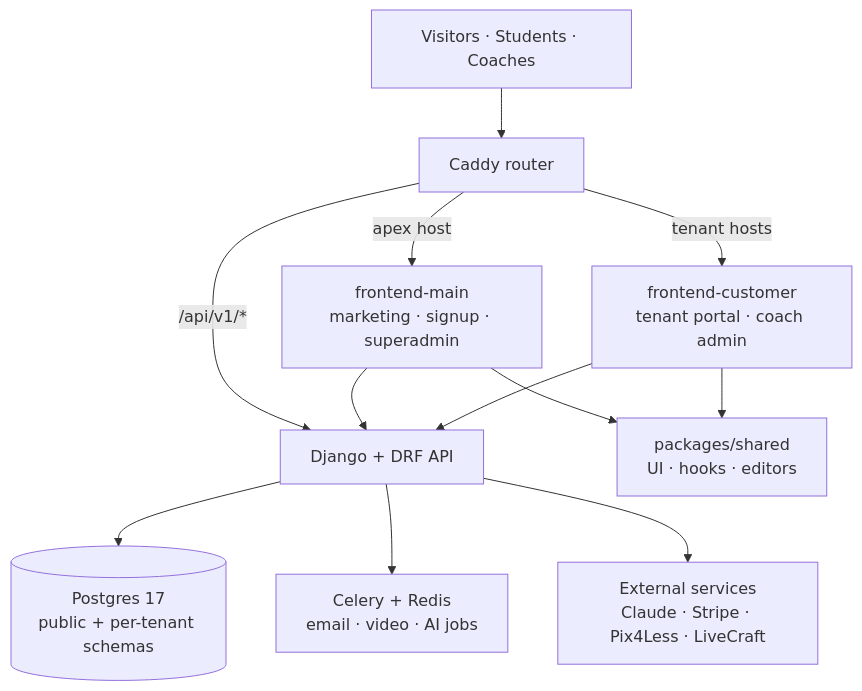
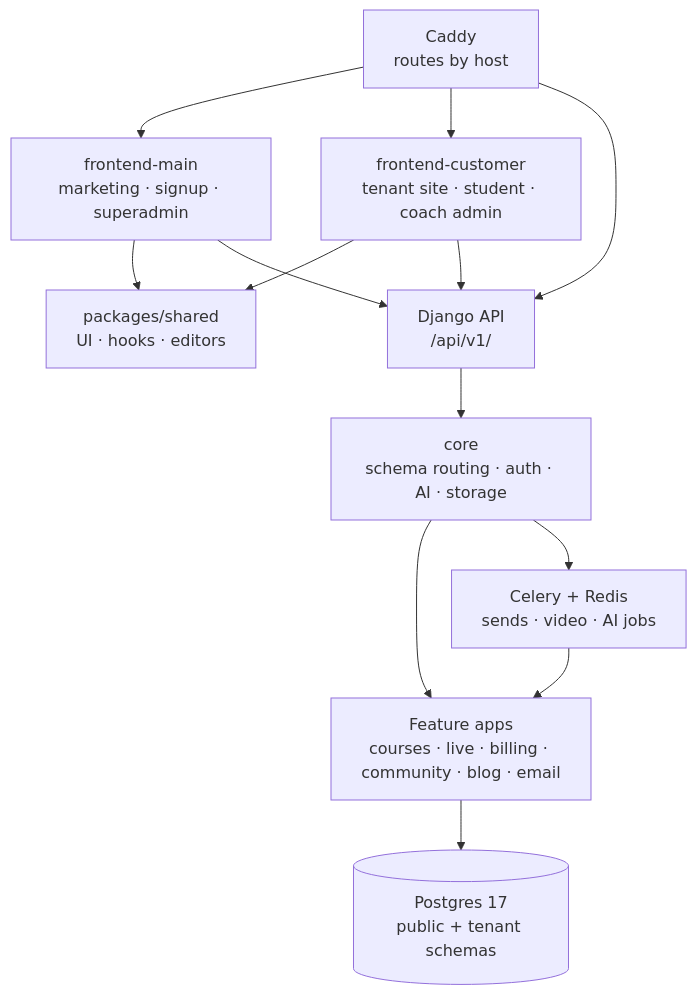
The diagram in docs/wiki/overview.md (tahayusufkomur/contentor), drawn with Mermaid before and after one commit. The commit also changed other lines of this file, not shown here.

````diff
--- a/docs/wiki/overview.md
+++ b/docs/wiki/overview.md
@@ -14,14 +15,20 @@
 ```mermaid
 graph TD
-    U[Visitors · Students · Coaches] --> CADDY[Caddy router]
-    CADDY -->|apex host| FM[frontend-main<br/>marketing · signup · superadmin]
-    CADDY -->|tenant hosts| FC[frontend-customer<br/>tenant portal · coach admin]
-    CADDY -->|/api/v1/*| DJ[Django + DRF API]
-    FM --> SH[packages/shared<br/>UI · hooks · editors]
-    FC --> SH
-    FM --> DJ
-    FC --> DJ
-    DJ --> PG[(Postgres 17<br/>public + per-tenant schemas)]
-    DJ --> CEL[Celery + Redis<br/>email · video · AI jobs]
-    DJ --> EXT[External services<br/>Claude · Stripe · Pix4Less · LiveCraft]
+    Caddy[Caddy<br/>routes by host]
+    Main[frontend-main<br/>marketing · signup · superadmin]
+    Customer[frontend-customer<br/>tenant site · student · coach admin]
+    Shared[packages/shared<br/>UI · hooks · editors]
+    Django[Django API<br/>/api/v1/]
+    Core[core<br/>schema routing · auth · AI · storage]
+    Features[Feature apps<br/>courses · live · billing · community · blog · email]
+    Celery[Celery + Redis<br/>sends · video · AI jobs]
+    PG[(Postgres 17<br/>public + tenant schemas)]
+
+    Caddy --> Main & Customer
+    Caddy --> Django
+    Main & Customer --> Shared
+    Main & Customer --> Django
+    Django --> Core --> Features
+    Features --> PG
+    Core --> Celery --> Features
 ```
````
